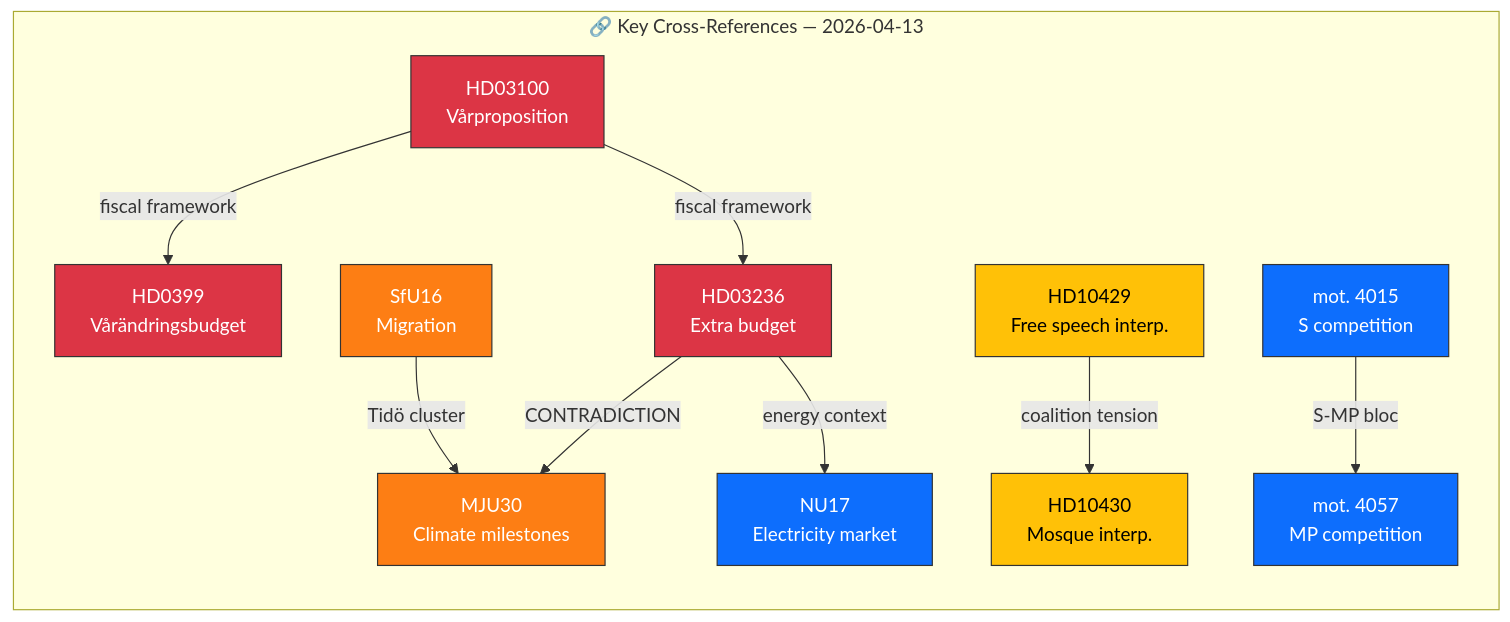
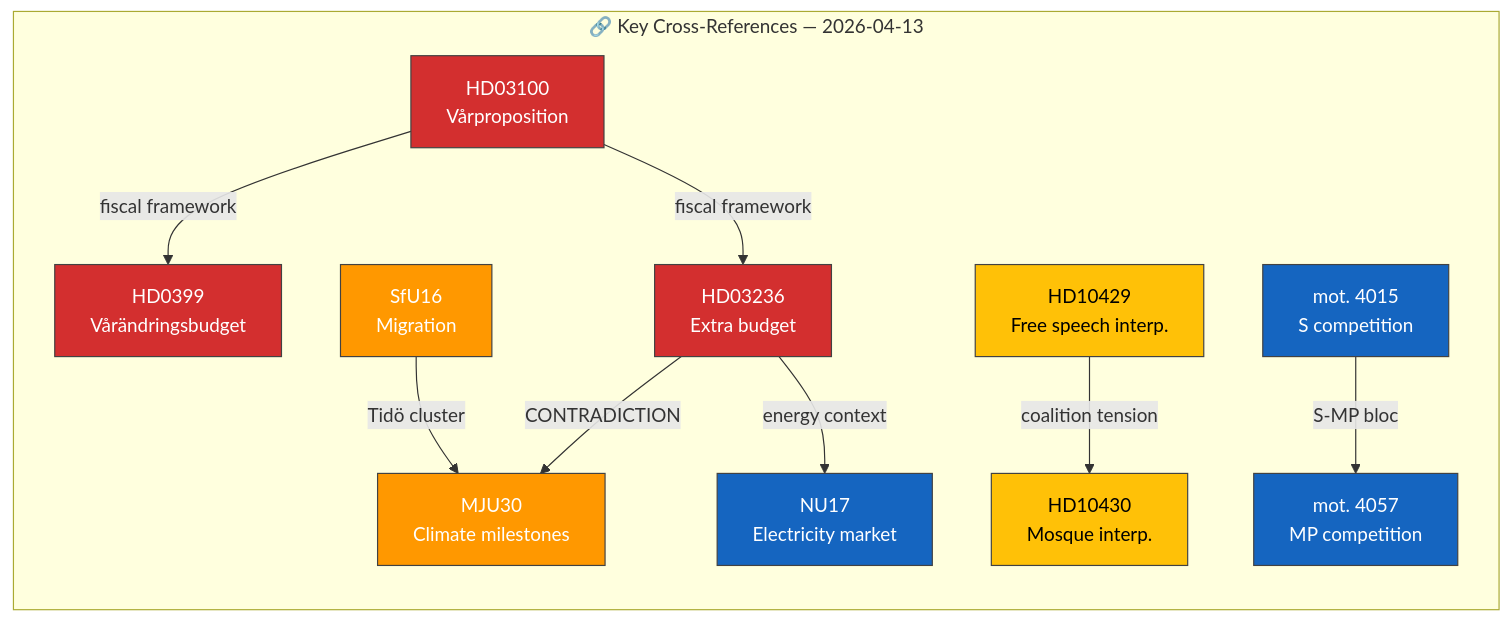
The diagram in analysis/daily/2026-04-13/evening-analysis-2/cross-reference-map.md (Hack23/riksdagsmonitor), drawn with Mermaid before and after one commit. The commit also changed 785 other files, not shown here.

First line of the commit message:
Normalize mermaid colors across 786 analysis artifacts to ISMS Style Guide palette

````diff
--- a/analysis/daily/2026-04-13/evening-analysis-2/cross-reference-map.md
+++ b/analysis/daily/2026-04-13/evening-analysis-2/cross-reference-map.md
@@ -12,33 +12,33 @@
 ```mermaid
 graph LR
     subgraph "🔗 Key Cross-References — 2026-04-13"
         HD03100["HD03100<br/>Vårproposition"]
         HD03236["HD03236<br/>Extra budget"]
         HD0399["HD0399<br/>Vårändringsbudget"]
         MJU30["MJU30<br/>Climate milestones"]
         SfU16["SfU16<br/>Migration"]
         HD10429["HD10429<br/>Free speech interp."]
         HD10430["HD10430<br/>Mosque interp."]
         NU17["NU17<br/>Electricity market"]
         MOT4015["mot. 4015<br/>S competition"]
         MOT4057["mot. 4057<br/>MP competition"]
 
         HD03100 -->|"fiscal framework"| HD0399
         HD03100 -->|"fiscal framework"| HD03236
         HD03236 -->|"CONTRADICTION"| MJU30
         HD03236 -->|"energy context"| NU17
         HD10429 -->|"coalition tension"| HD10430
         MOT4015 -->|"S-MP bloc"| MOT4057
         SfU16 -->|"Tidö cluster"| MJU30
     end
-    style HD03100 fill:#dc3545,stroke:#333,color:#fff
-    style HD03236 fill:#dc3545,stroke:#333,color:#fff
-    style HD0399 fill:#dc3545,stroke:#333,color:#fff
-    style MJU30 fill:#fd7e14,stroke:#333,color:#fff
-    style SfU16 fill:#fd7e14,stroke:#333,color:#fff
-    style HD10429 fill:#ffc107,stroke:#333,color:#000
-    style HD10430 fill:#ffc107,stroke:#333,color:#000
-    style NU17 fill:#0d6efd,stroke:#333,color:#fff
-    style MOT4015 fill:#0d6efd,stroke:#333,color:#fff
-    style MOT4057 fill:#0d6efd,stroke:#333,color:#fff
+    style HD03100 fill:#D32F2F,stroke:#424242,color:#FFFFFF
+    style HD03236 fill:#D32F2F,stroke:#424242,color:#FFFFFF
+    style HD0399 fill:#D32F2F,stroke:#424242,color:#FFFFFF
+    style MJU30 fill:#FF9800,stroke:#424242,color:#FFFFFF
+    style SfU16 fill:#FF9800,stroke:#424242,color:#FFFFFF
+    style HD10429 fill:#FFC107,stroke:#424242,color:#000000
+    style HD10430 fill:#FFC107,stroke:#424242,color:#000000
+    style NU17 fill:#1565C0,stroke:#424242,color:#FFFFFF
+    style MOT4015 fill:#1565C0,stroke:#424242,color:#FFFFFF
+    style MOT4057 fill:#1565C0,stroke:#424242,color:#FFFFFF
 ```
````
